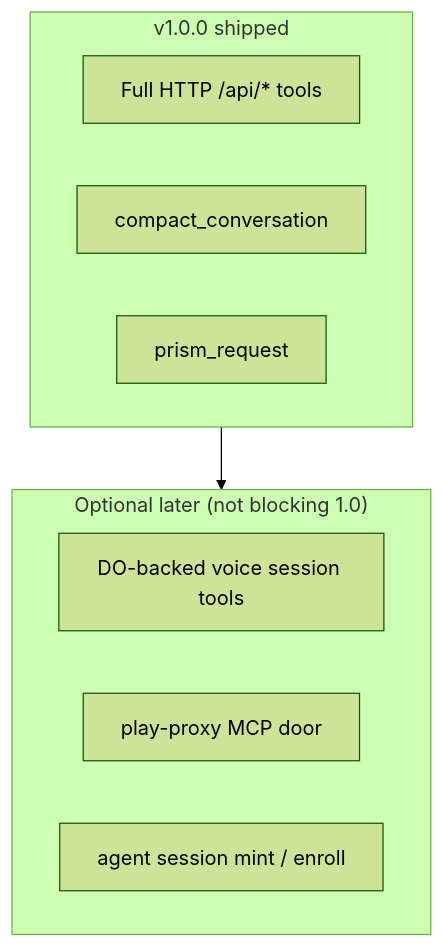
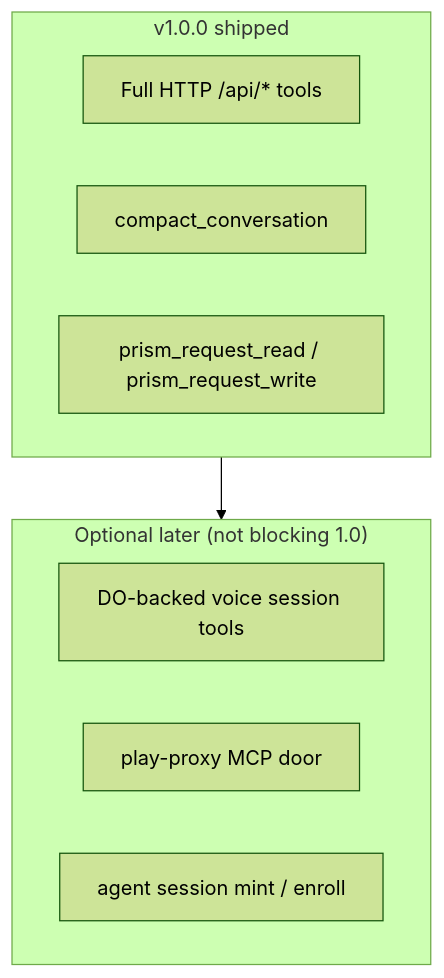
Before and after one commit to skyphusion-labs/prism-mcp: the fifth of 5 diagrams in docs/PARITY.md, drawn with Mermaid (forest theme). The commit also changed other lines of this file and 7 other files, not shown here.

First line of the commit message:
fix(mcp): split prism_request into read and write tools

````diff
--- a/docs/PARITY.md
+++ b/docs/PARITY.md
@@ -144,16 +144,16 @@
 ```mermaid
 flowchart TB
   subgraph v10["v1.0.0 shipped"]
     HTTP["Full HTTP /api/* tools"]
     Compact["compact_conversation"]
-    Escape["prism_request"]
+    Escape["prism_request_read / prism_request_write"]
   end
 
   subgraph later["Optional later (not blocking 1.0)"]
     Voice["DO-backed voice session tools"]
     PlaneMCP["play-proxy MCP door"]
     Enroll["agent session mint / enroll"]
   end
 
   v10 --> later
 ```
````
